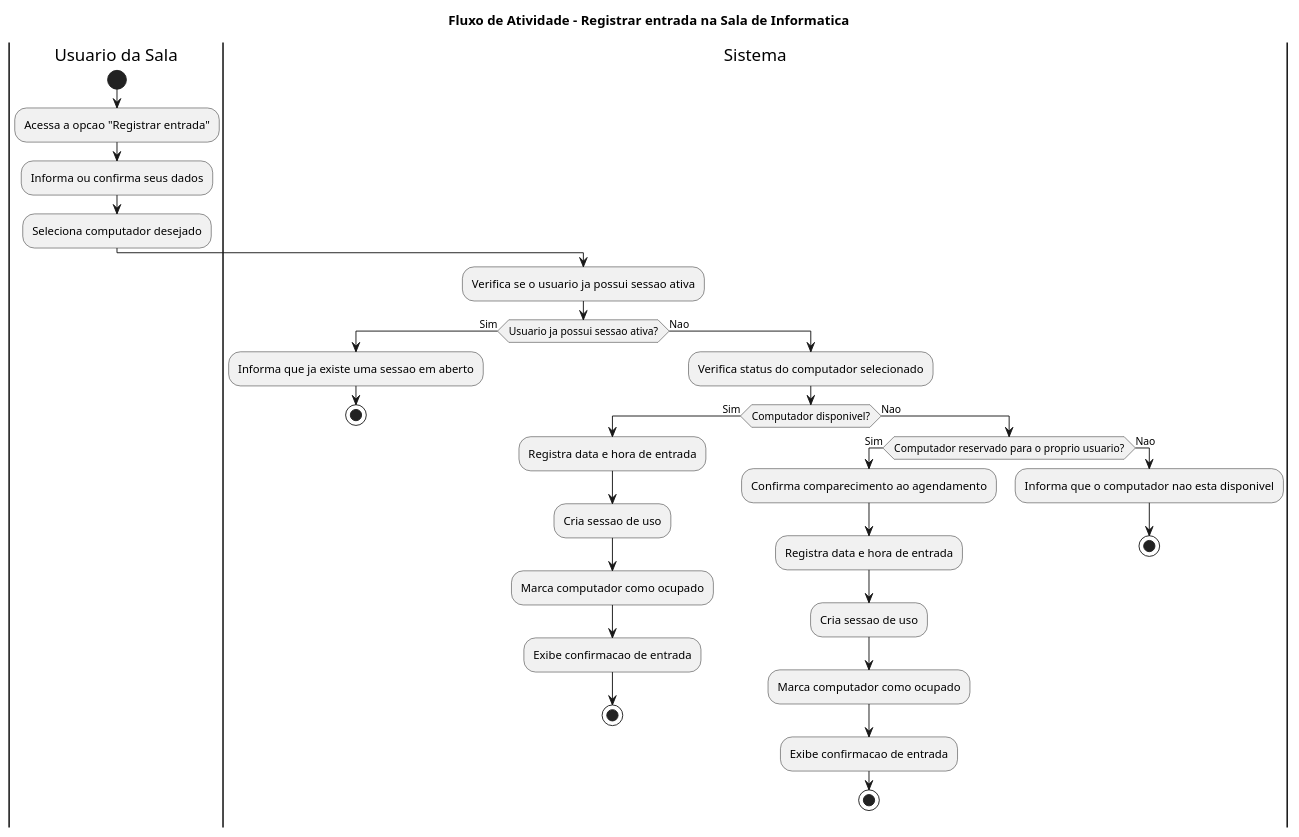
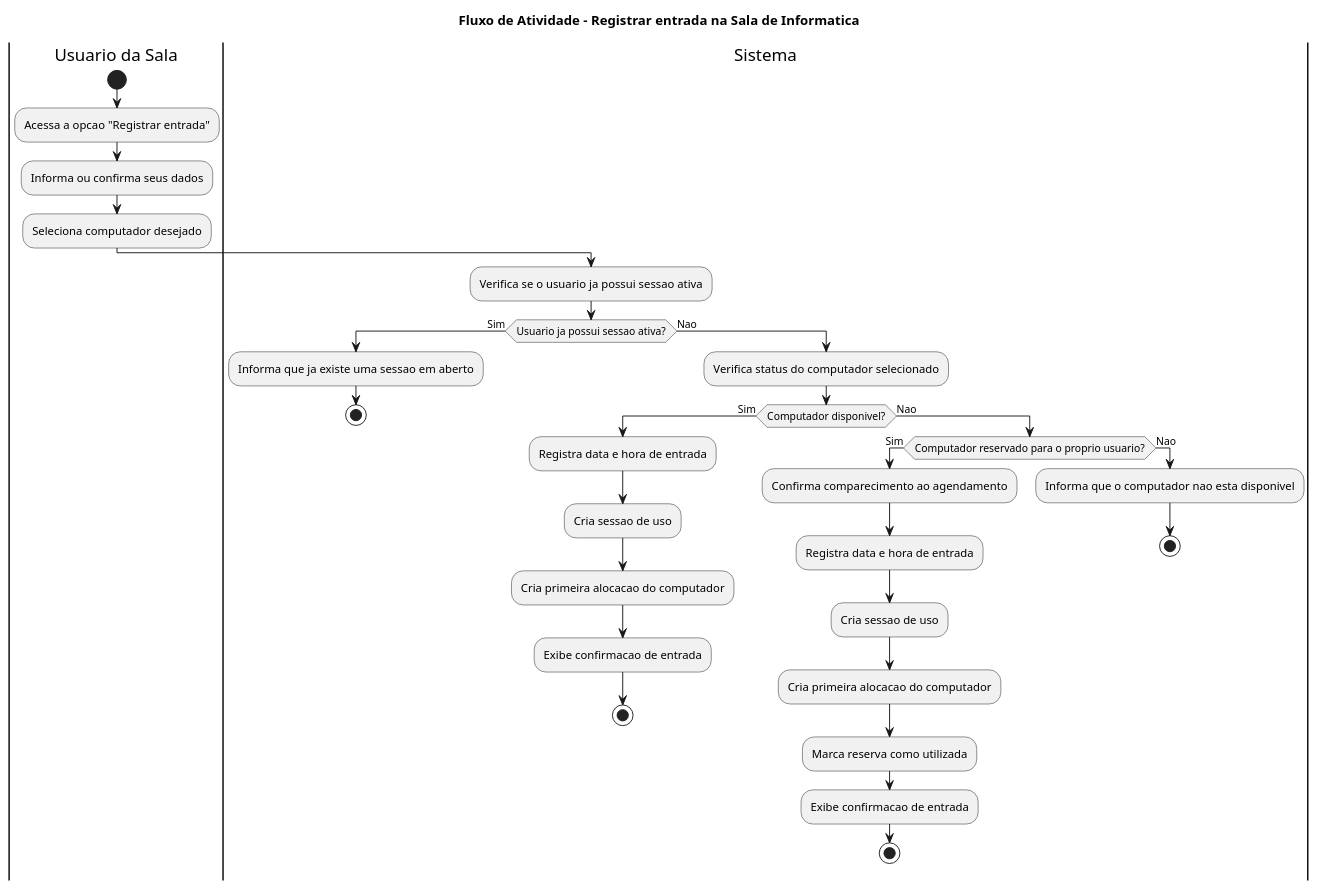
The diagram in docs/diagrams/atividades/02-usuario-registrar-entrada.puml (MarcosVini753/estagio), drawn with PlantUML before and after one commit. The commit also changed 15 other files, not shown here.

```diff
--- a/docs/diagrams/atividades/02-usuario-registrar-entrada.puml
+++ b/docs/diagrams/atividades/02-usuario-registrar-entrada.puml
@@ -1,41 +1,42 @@
 @startuml
 title Fluxo de Atividade - Registrar entrada na Sala de Informatica
 
 |Usuario da Sala|
 start
 :Acessa a opcao "Registrar entrada";
 :Informa ou confirma seus dados;
 :Seleciona computador desejado;
 
 |Sistema|
 :Verifica se o usuario ja possui sessao ativa;
 
 if (Usuario ja possui sessao ativa?) then (Sim)
   :Informa que ja existe uma sessao em aberto;
   stop
 else (Nao)
   :Verifica status do computador selecionado;
 
   if (Computador disponivel?) then (Sim)
     :Registra data e hora de entrada;
     :Cria sessao de uso;
-    :Marca computador como ocupado;
+    :Cria primeira alocacao do computador;
     :Exibe confirmacao de entrada;
     stop
 
   else (Nao)
     if (Computador reservado para o proprio usuario?) then (Sim)
       :Confirma comparecimento ao agendamento;
       :Registra data e hora de entrada;
       :Cria sessao de uso;
-      :Marca computador como ocupado;
+      :Cria primeira alocacao do computador;
+      :Marca reserva como utilizada;
       :Exibe confirmacao de entrada;
       stop
     else (Nao)
       :Informa que o computador nao esta disponivel;
       stop
     endif
   endif
 endif
 
 @enduml
```
